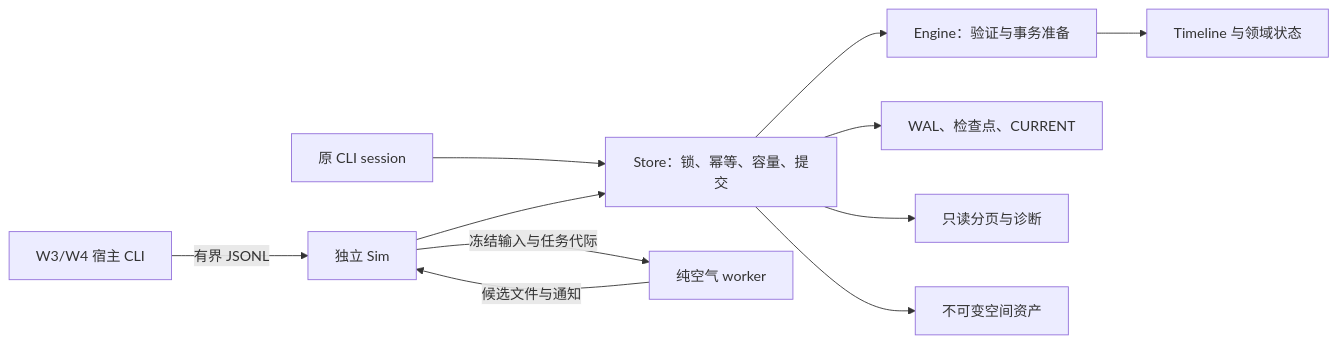
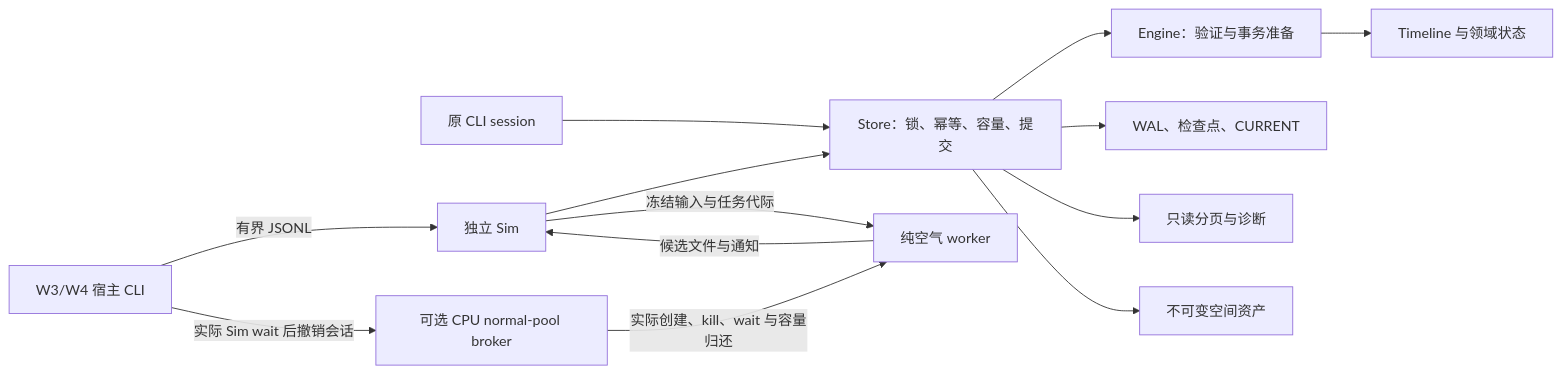
Before and after one commit to TekesApps/MyCity: the first of 2 diagrams in docs/SOFTWARE_ARCHITECTURE.md, drawn with Mermaid. The commit also changed other lines of this file and 120 other files, not shown here.

Commit message:
Broker worker custody and verify finite crash recovery

````diff
--- a/docs/SOFTWARE_ARCHITECTURE.md
+++ b/docs/SOFTWARE_ARCHITECTURE.md
@@ -13,13 +13,15 @@
 ```mermaid
 flowchart LR
     CLI[原 CLI session] --> Store[Store：锁、幂等、容量、提交]
     Host[W3/W4 宿主 CLI] -->|有界 JSONL| Sim[独立 Sim]
+    Host -->|实际 Sim wait 后撤销会话| Broker[可选 CPU normal-pool broker]
+    Broker -->|实际创建、kill、wait 与容量归还| Worker
     Sim --> Store
     Sim -->|冻结输入与任务代际| Worker[纯空气 worker]
     Worker -->|候选文件与通知| Sim
     Store --> Engine[Engine：验证与事务准备]
     Engine --> Domains[Timeline 与领域状态]
     Store --> Disk[WAL、检查点、CURRENT]
     Store --> Query[只读分页与诊断]
     Store --> Map[不可变空间资产]
 ```
````
